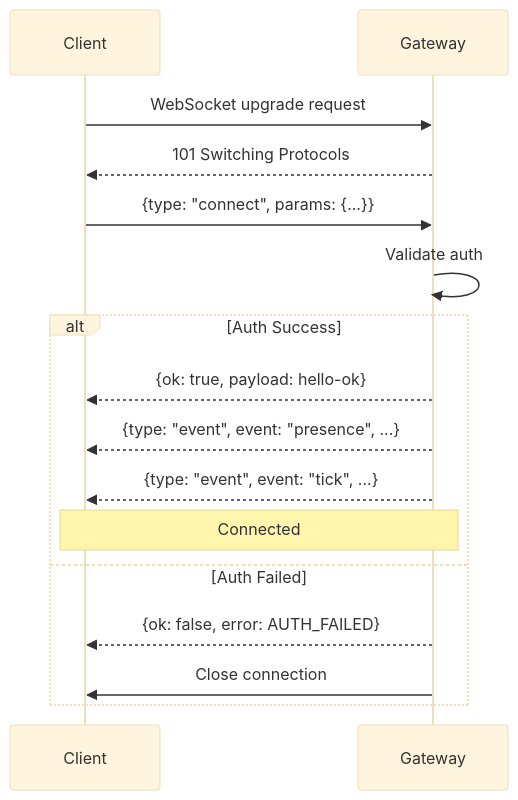
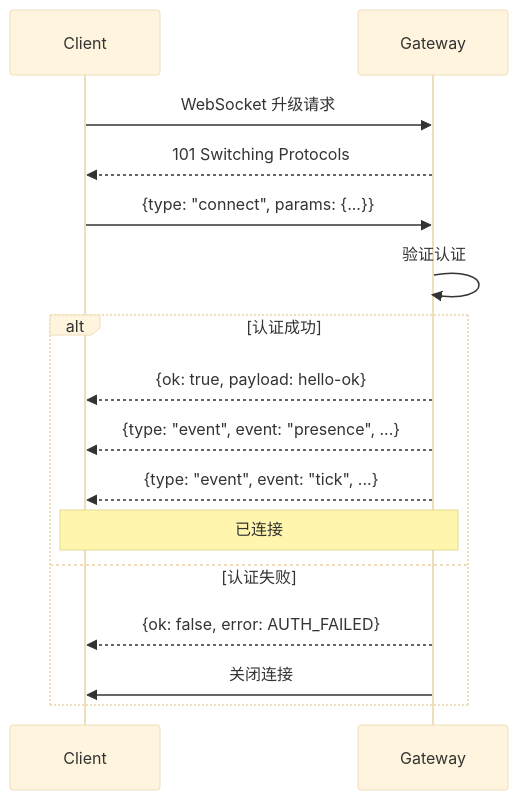
One commit to a576378368/openclaw_docs changed the third of 5 diagrams in docs/zh/architecture-book/part-4-gateway-protocol/02-ws-transport.md. Above: the diagram before and after it, drawn with Mermaid (base theme). The commit also changed other lines of this file and 4 other files, not shown here.

````diff
--- a/docs/zh/architecture-book/part-4-gateway-protocol/02-ws-transport.md
+++ b/docs/zh/architecture-book/part-4-gateway-protocol/02-ws-transport.md
@@ -115,21 +115,21 @@
 ```mermaid
 sequenceDiagram
     participant Client
     participant Gateway
 
-    Client->>Gateway: WebSocket upgrade request
+    Client->>Gateway: WebSocket 升级请求
     Gateway-->>Client: 101 Switching Protocols
 
     Client->>Gateway: {type: "connect", params: {...}}
-    Gateway->>Gateway: Validate auth
+    Gateway->>Gateway: 验证认证
 
-    alt Auth Success
+    alt 认证成功
         Gateway-->>Client: {ok: true, payload: hello-ok}
         Gateway-->>Client: {type: "event", event: "presence", ...}
         Gateway-->>Client: {type: "event", event: "tick", ...}
-        Note over Client,Gateway: Connected
-    else Auth Failed
+        Note over Client,Gateway: 已连接
+    else 认证失败
         Gateway-->>Client: {ok: false, error: AUTH_FAILED}
-        Gateway->>Client: Close connection
+        Gateway->>Client: 关闭连接
     end
 ```
````
